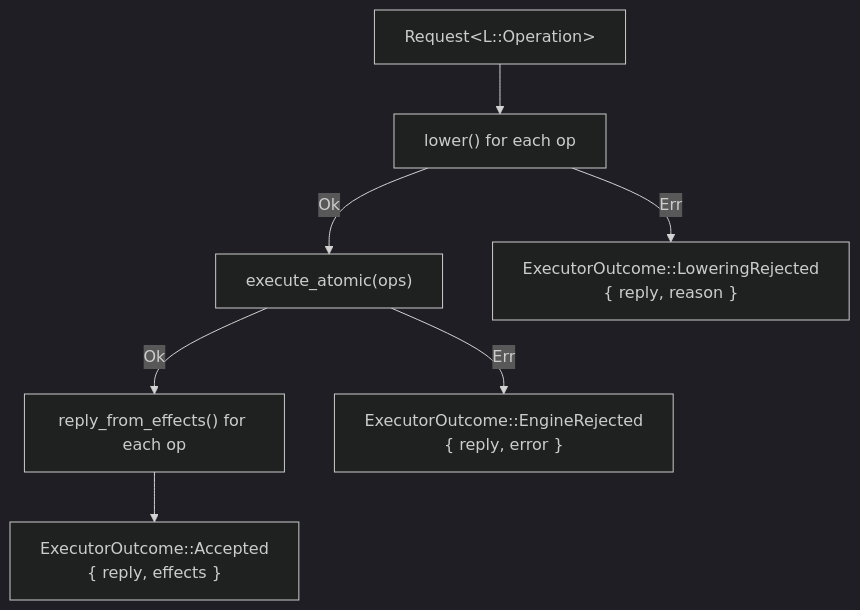
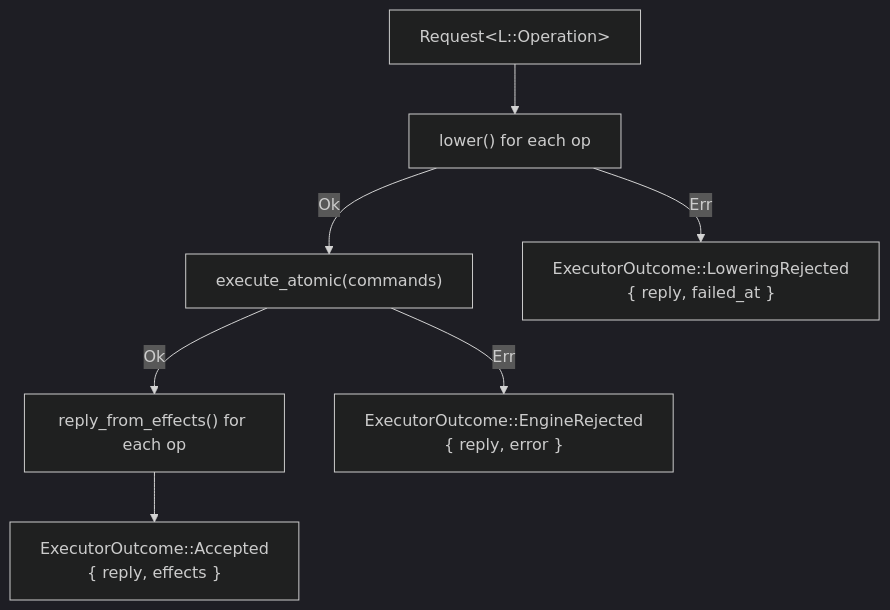
Before and after one commit to LiGoldragon/signal-executor: the first of 3 diagrams in ARCHITECTURE.md, drawn with Mermaid (dark theme). The commit also changed other lines of this file and 10 other files, not shown here.

Commit message:
/246 §1: Lowering returns Result<Vec<SemaOperation>, Self::Reply>; Executor returns Reply directly; FrameObserverBridge + ObserverDelivery

````diff
--- a/ARCHITECTURE.md
+++ b/ARCHITECTURE.md
@@ -87,18 +87,18 @@
 ```mermaid
 flowchart TD
     request["Request&lt;L::Operation&gt;"]
     lower["lower() for each op"]
-    engine["execute_atomic(ops)"]
+    engine["execute_atomic(commands)"]
     map["reply_from_effects() for each op"]
 
     accepted["ExecutorOutcome::Accepted<br/>{ reply, effects }"]
-    lrej["ExecutorOutcome::LoweringRejected<br/>{ reply, reason }"]
+    lrej["ExecutorOutcome::LoweringRejected<br/>{ reply, failed_at }"]
     erej["ExecutorOutcome::EngineRejected<br/>{ reply, error }"]
 
     request --> lower
     lower -- Ok --> engine
     lower -- Err --> lrej
     engine -- Ok --> map
     engine -- Err --> erej
     map --> accepted
 ```
````
